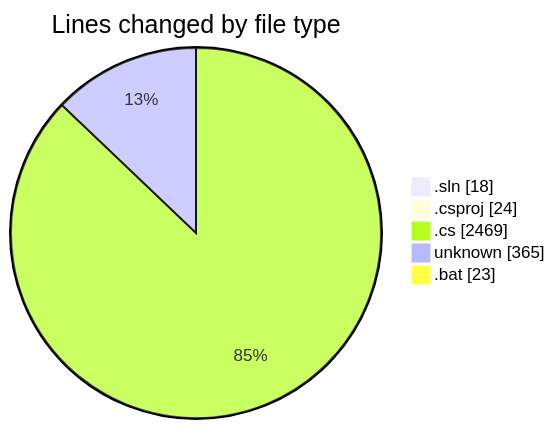
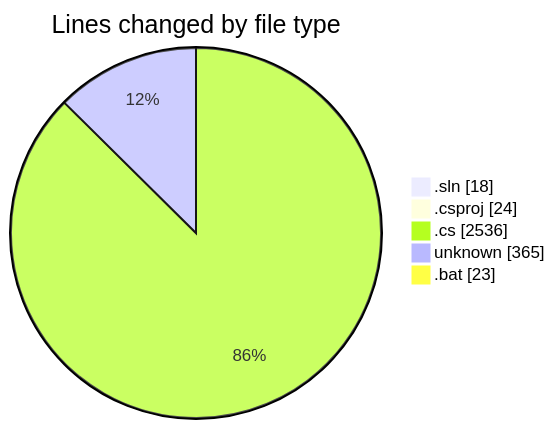
Before and after one commit to lephambinh05/code-tracking: the first of 2 diagrams in 2025-07-19/reggarena/README.md, drawn with Mermaid. The commit also changed other lines of this file and 1 other file, not shown here.

````diff
--- a/2025-07-19/reggarena/README.md
+++ b/2025-07-19/reggarena/README.md
@@ -34,9 +34,9 @@
 ```mermaid
 pie showData
 title Lines changed by file type
 ".sln" : 18
 ".csproj" : 24
-".cs" : 2469
+".cs" : 2536
 "unknown" : 365
 ".bat" : 23
 ```
````
